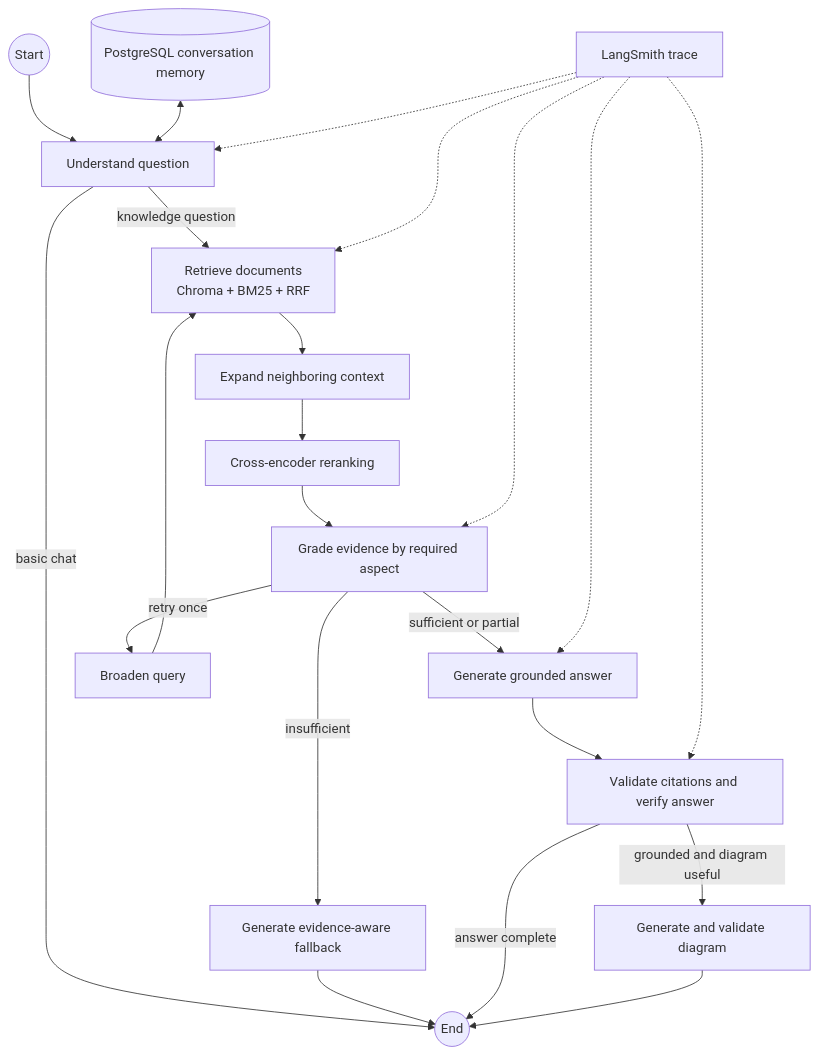
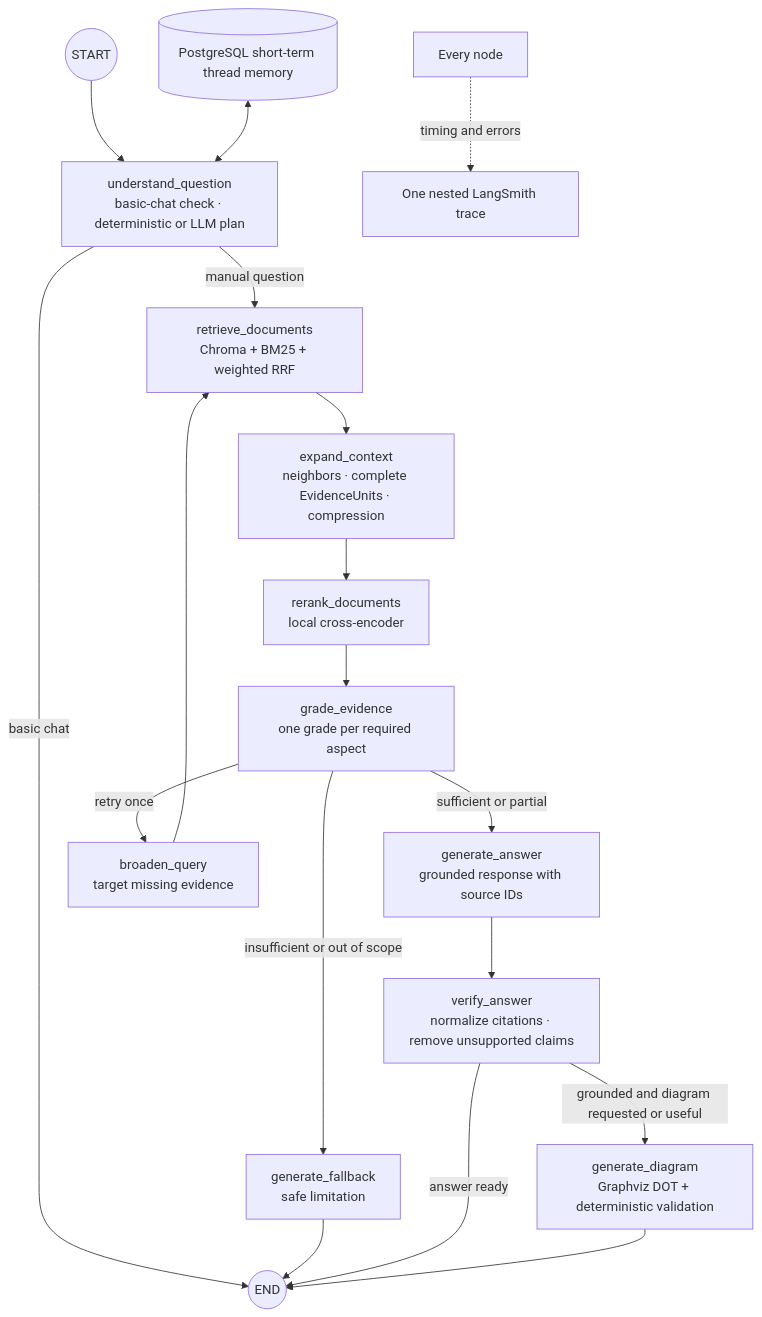
One commit to nagateja2004/op-center-bot changed the second of 5 diagrams in README.md. Above: the diagram before and after it, drawn with Mermaid. The commit also changed other lines of this file, not shown here.

Commit message:
Document production RAG architecture

````diff
--- a/README.md
+++ b/README.md
@@ -409,25 +449,21 @@
 ```mermaid
 flowchart TD
-    Start(("Start")) --> Understand["Understand question"]
-    Understand -->|"basic chat"| Done(("End"))
-    Understand -->|"knowledge question"| Retrieve["Retrieve documents<br/>Chroma + BM25 + RRF"]
-    Retrieve --> Expand["Expand neighboring context"]
-    Expand --> Rerank["Cross-encoder reranking"]
-    Rerank --> Grade["Grade evidence by required aspect"]
-    Grade -->|"sufficient or partial"| Answer["Generate grounded answer"]
-    Grade -->|"retry once"| Broaden["Broaden query"]
+    Start(("START")) --> Understand["understand_question<br/>basic-chat check · deterministic or LLM plan"]
+    Understand -->|"basic chat"| Done(("END"))
+    Understand -->|"manual question"| Retrieve["retrieve_documents<br/>Chroma + BM25 + weighted RRF"]
+    Retrieve --> Expand["expand_context<br/>neighbors · complete EvidenceUnits · compression"]
+    Expand --> Rerank["rerank_documents<br/>local cross-encoder"]
+    Rerank --> Grade["grade_evidence<br/>one grade per required aspect"]
+    Grade -->|"sufficient or partial"| Answer["generate_answer<br/>grounded response with source IDs"]
+    Grade -->|"retry once"| Broaden["broaden_query<br/>target missing evidence"]
     Broaden --> Retrieve
-    Grade -->|"insufficient"| Fallback["Generate evidence-aware fallback"]
+    Grade -->|"insufficient or out of scope"| Fallback["generate_fallback<br/>safe limitation"]
     Fallback --> Done
-    Answer --> Verify["Validate citations and verify answer"]
-    Verify -->|"grounded and diagram useful"| Diagram["Generate and validate diagram"]
-    Verify -->|"answer complete"| Done
+    Answer --> Verify["verify_answer<br/>normalize citations · remove unsupported claims"]
+    Verify -->|"grounded and diagram requested or useful"| Diagram["generate_diagram<br/>Graphviz DOT + deterministic validation"]
+    Verify -->|"answer ready"| Done
     Diagram --> Done
 
-    Memory[("PostgreSQL conversation memory")] <--> Understand
-    Trace["LangSmith trace"] -.-> Understand
-    Trace -.-> Retrieve
-    Trace -.-> Grade
-    Trace -.-> Answer
-    Trace -.-> Verify
+    Memory[("PostgreSQL short-term thread memory")] <--> Understand
+    Nodes["Every node"] -. "timing and errors" .-> Trace["One nested LangSmith trace"]
 ```
````
